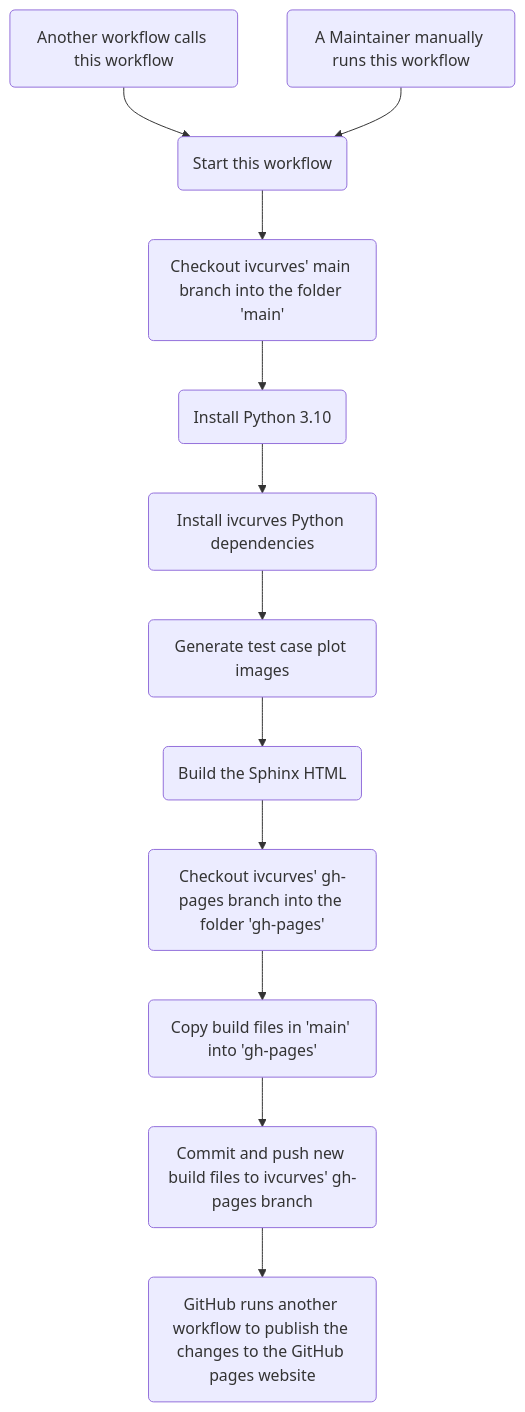
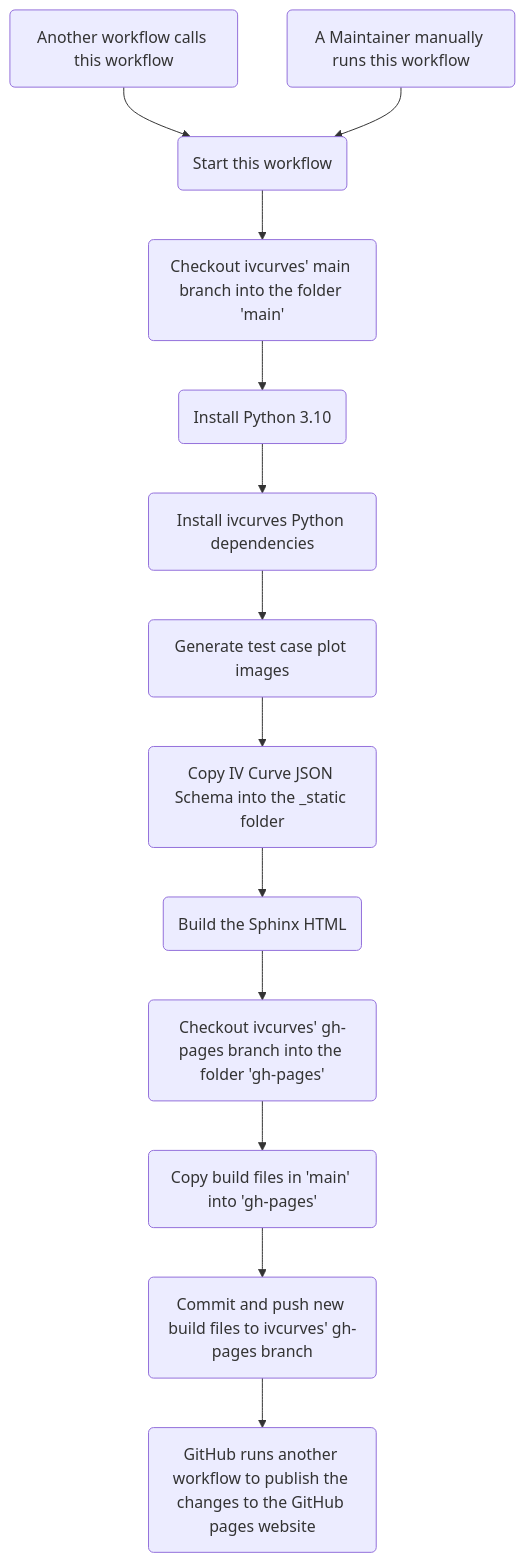
The diagram in docs/sphinx/source/reference/github_workflows/build_sphinx_docs.rst (reepoi/ivcurves), drawn with Mermaid before and after one commit. The commit also changed 1 other file, not shown here.

Commit message:
updating github workflow docs

```diff
--- a/docs/sphinx/source/reference/github_workflows/build_sphinx_docs.rst
+++ b/docs/sphinx/source/reference/github_workflows/build_sphinx_docs.rst
@@ -4,20 +4,21 @@
 .. mermaid::
 
    flowchart
    CalledByAnotherWorkflow(Another workflow calls this workflow) --> StartWorkflow(Start this workflow)
    CalledByMaintainer(A Maintainer manually runs this workflow) --> StartWorkflow
 
    StartWorkflow --> CheckoutMain(Checkout ivcurves' main branch into the folder 'main')
    CheckoutMain --> InstallPython310(Install Python 3.10)
    InstallPython310 --> InstallIVCurvesDependencies(Install ivcurves Python dependencies)
    InstallIVCurvesDependencies --> GenerateTestCasePlotImages(Generate test case plot images)
 
-   GenerateTestCasePlotImages --> BuildSphinx(Build the Sphinx HTML)
+   GenerateTestCasePlotImages --> CopyIntoStaticFiles(Copy IV Curve JSON Schema into the _static folder)
+   CopyIntoStaticFiles --> BuildSphinx(Build the Sphinx HTML)
 
    BuildSphinx --> CheckoutGHPages(Checkout ivcurves' gh-pages branch into the folder 'gh-pages')
 
    CheckoutGHPages --> CopyBuildFiles(Copy build files in 'main' into 'gh-pages')
 
    CopyBuildFiles --> CommitNewBuild(Commit and push new build files to ivcurves' gh-pages branch)
 
    CommitNewBuild --> PublishGHPages(GitHub runs another workflow to publish the changes to the GitHub pages website)
```
